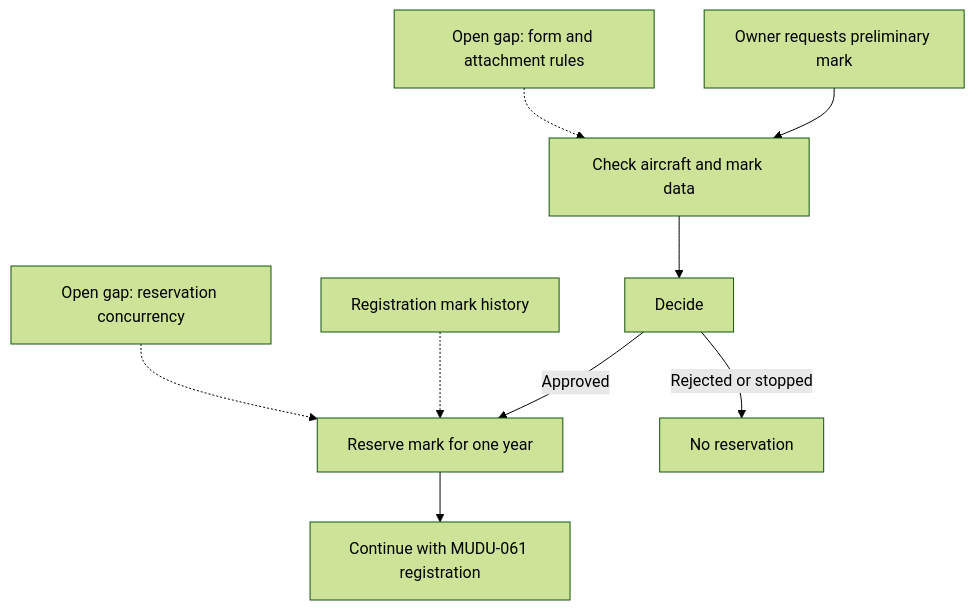
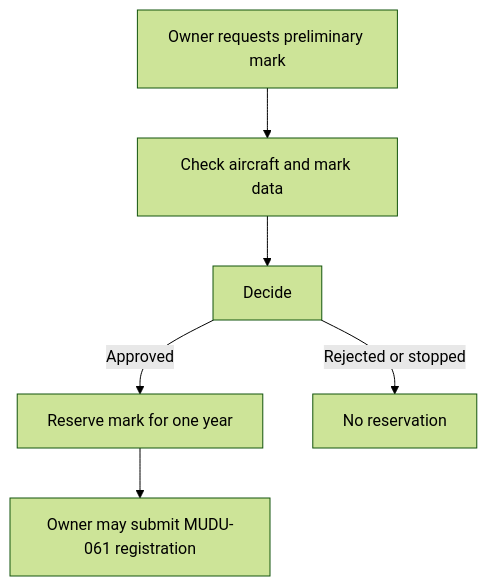
The diagram in examples/MUDU-060/graph.md (fixerivan/mudu-process-definition-standard), drawn with Mermaid (forest theme) before and after one commit. The commit also changed other lines of this file and 5 other files, not shown here.

Commit message:
separate process flow from gaps and impacts

````diff
--- a/examples/MUDU-060/graph.md
+++ b/examples/MUDU-060/graph.md
@@ -5,11 +5,8 @@
 ```mermaid
 graph TD
     A["Owner requests preliminary mark"] --> B["Check aircraft and mark data"]
     B --> C["Decide"]
     C -->|Approved| D["Reserve mark for one year"]
-    D --> E["Continue with MUDU-061 registration"]
+    D --> E["Owner may submit MUDU-061 registration"]
     C -->|Rejected or stopped| X["No reservation"]
-    M["Registration mark history"] -.-> D
-    G1["Open gap: reservation concurrency"] -.-> D
-    G2["Open gap: form and attachment rules"] -.-> B
 ```
````
